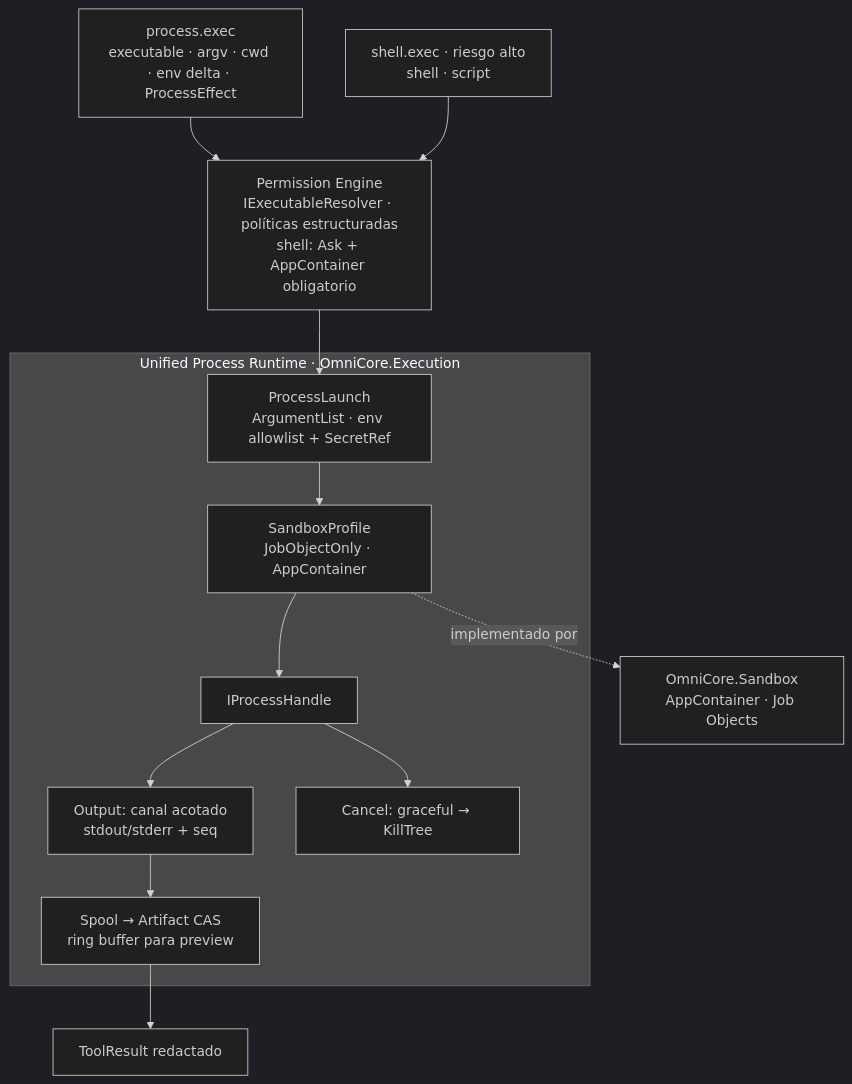
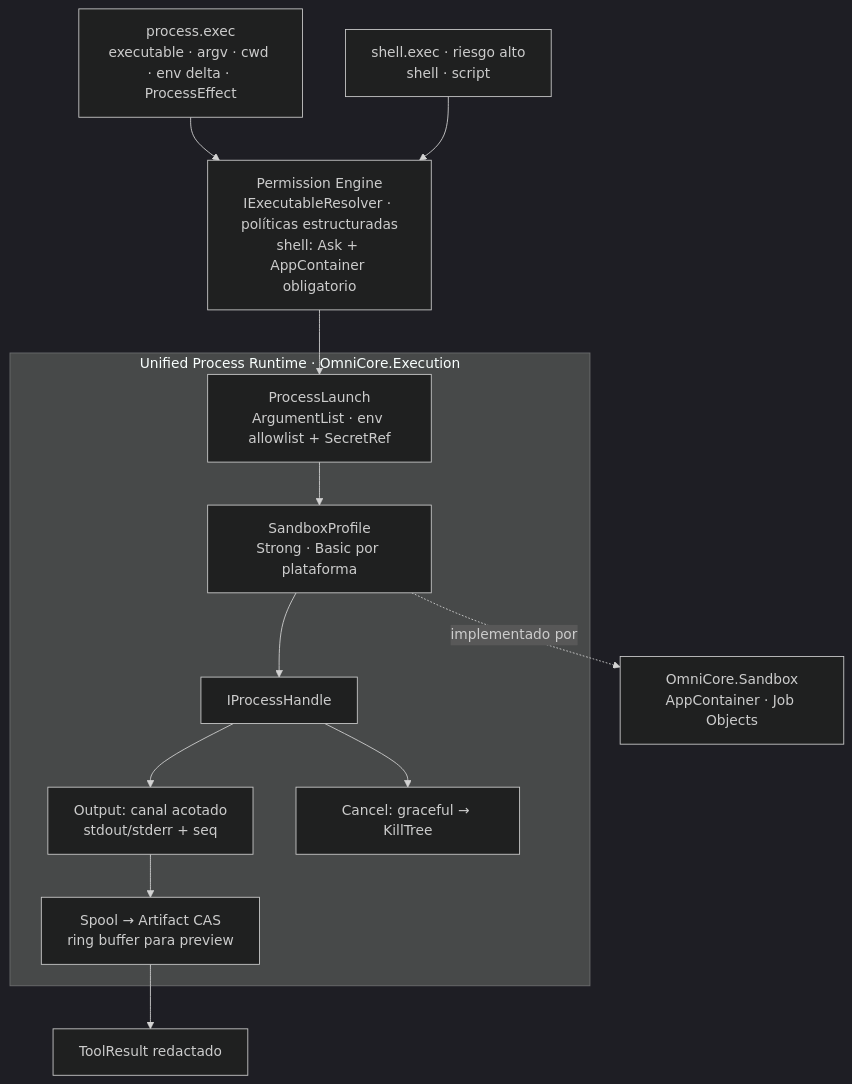
The sixth of 33 diagrams in docs/architecture/arquitectura.md (juancgomezm-s/OmniCore), drawn with Mermaid (dark theme) before and after one commit. The commit also changed other lines of this file and 48 other files, not shown here.

````diff
--- a/docs/architecture/arquitectura.md
+++ b/docs/architecture/arquitectura.md
@@ -173,21 +177,21 @@
 ```mermaid
 flowchart TB
   PX["process.exec<br/>executable · argv · cwd · env delta · ProcessEffect"] --> PEN
   SX["shell.exec · riesgo alto<br/>shell · script"] --> PEN
   PEN["Permission Engine<br/>IExecutableResolver · políticas estructuradas<br/>shell: Ask + AppContainer obligatorio"] --> L
   subgraph UPR["Unified Process Runtime · OmniCore.Execution"]
     L["ProcessLaunch<br/>ArgumentList · env allowlist + SecretRef"]
-    SB["SandboxProfile<br/>JobObjectOnly · AppContainer"]
+    SB["SandboxProfile<br/>Strong · Basic por plataforma"]
     H["IProcessHandle"]
     OUT["Output: canal acotado<br/>stdout/stderr + seq"]
     SP["Spool → Artifact CAS<br/>ring buffer para preview"]
     CX["Cancel: graceful → KillTree"]
     L --> SB
     SB --> H
     H --> OUT
     OUT --> SP
     H --> CX
   end
   SB -.->|"implementado por"| SBX["OmniCore.Sandbox<br/>AppContainer · Job Objects"]
   SP --> TR["ToolResult redactado"]
 ```
````
